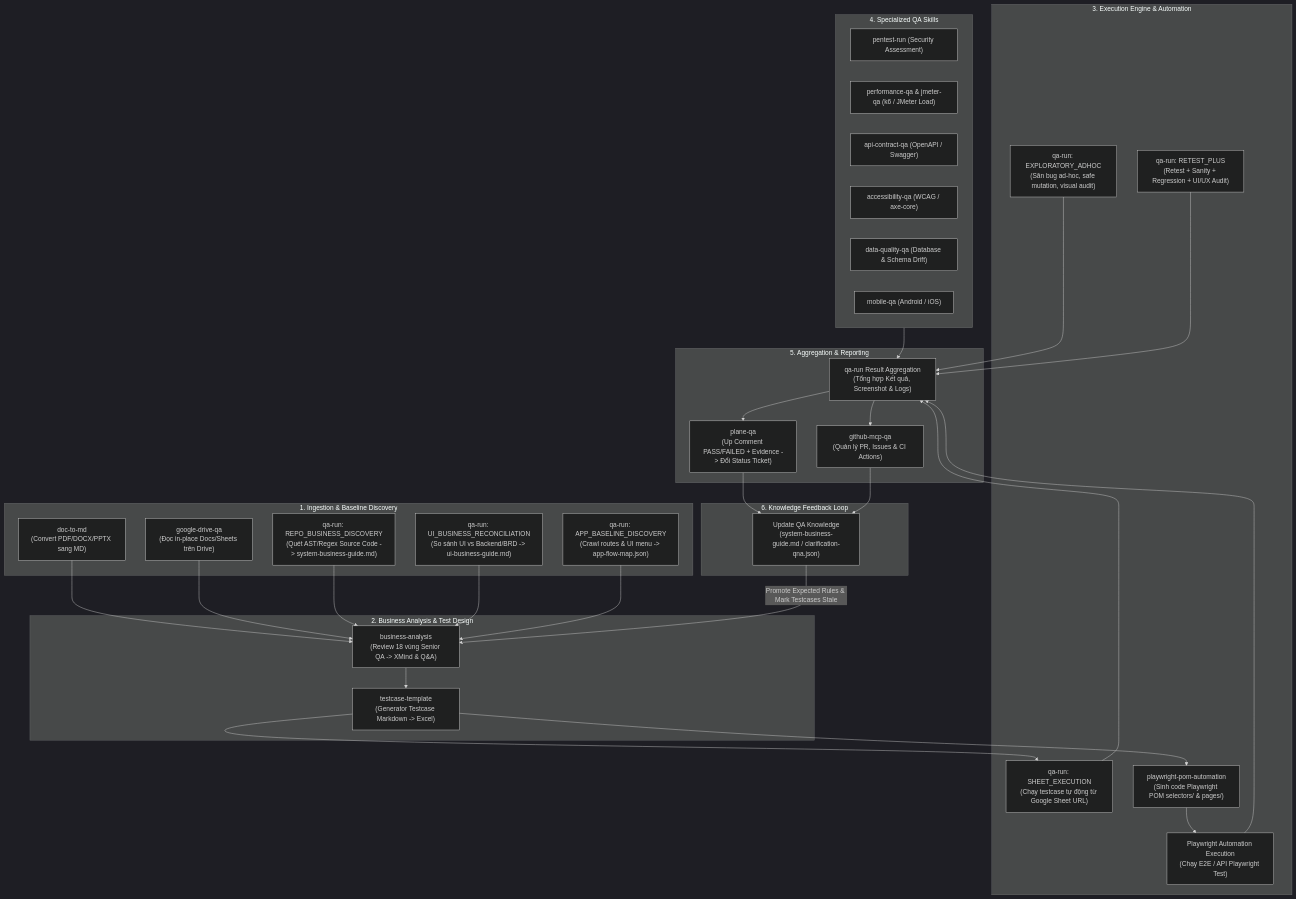
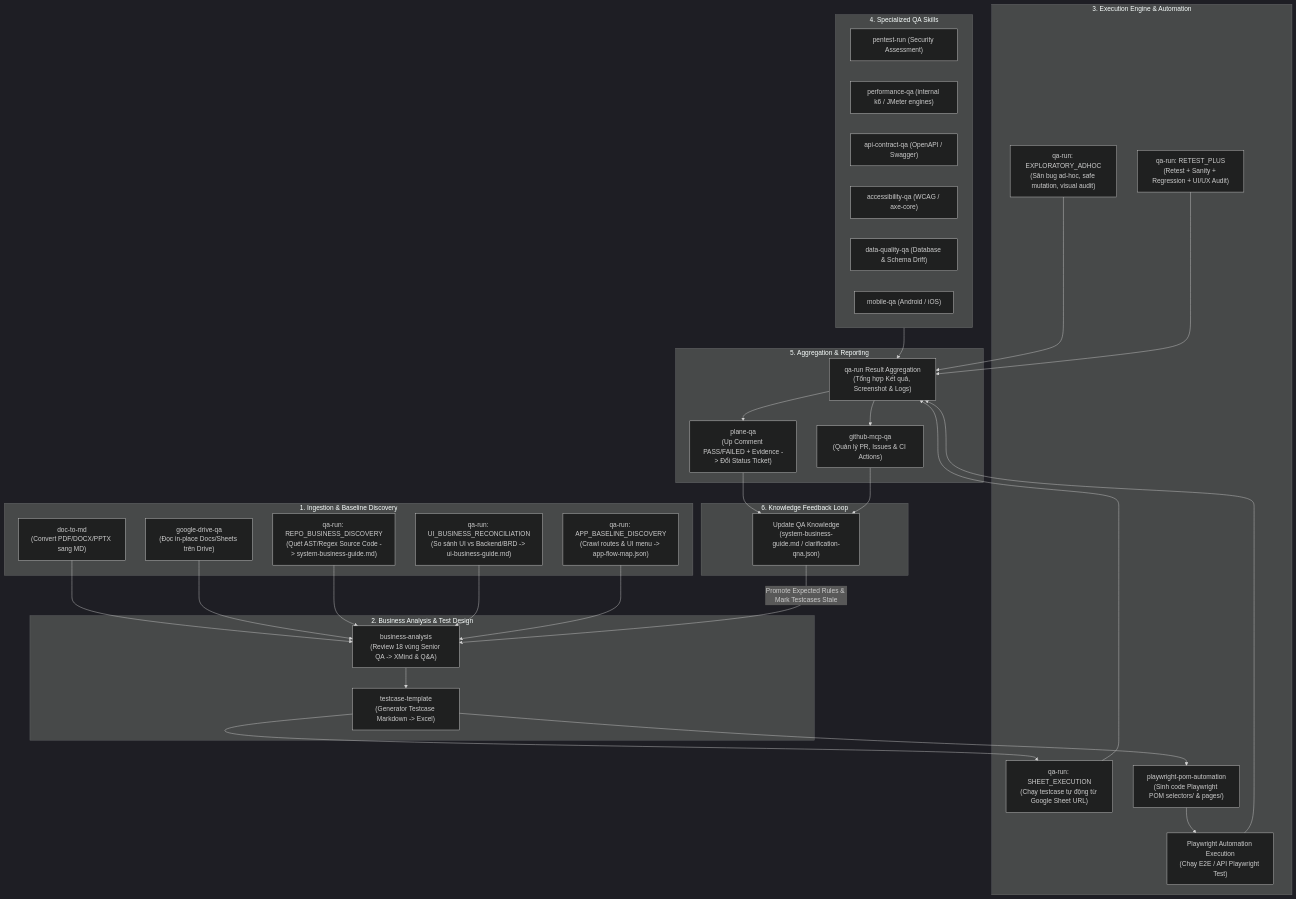
One commit to tqphong02/QA-skill changed the first of 3 diagrams in SKILL_FLOW_MAPPING.md. Above: the diagram before and after it, drawn with Mermaid (dark theme). The commit also changed other lines of this file and 57 other files, not shown here.

````diff
--- a/SKILL_FLOW_MAPPING.md
+++ b/SKILL_FLOW_MAPPING.md
@@ -18,63 +18,63 @@
 ```mermaid
 flowchart TD
     %% 1. Ingestion & Discovery
     subgraph S1["1. Ingestion & Baseline Discovery"]
         DOC["doc-to-md\n(Convert PDF/DOCX/PPTX sang MD)"]
         DRIVE["google-drive-qa\n(Đọc in-place Docs/Sheets trên Drive)"]
         RBD["qa-run: REPO_BUSINESS_DISCOVERY\n(Quét AST/Regex Source Code -> system-business-guide.md)"]
         UBR["qa-run: UI_BUSINESS_RECONCILIATION\n(So sánh UI vs Backend/BRD -> ui-business-guide.md)"]
         ABD["qa-run: APP_BASELINE_DISCOVERY\n(Crawl routes & UI menu -> app-flow-map.json)"]
     end
 
     %% 2. Business Analysis & Test Design
     subgraph S2["2. Business Analysis & Test Design"]
         BA["business-analysis\n(Review 18 vùng Senior QA -> XMind & Q&A)"]
         TCT["testcase-template\n(Generator Testcase Markdown -> Excel)"]
     end
 
     %% 3. Execution & Automation Engine
     subgraph S3["3. Execution Engine & Automation"]
         EX_SHEET["qa-run: SHEET_EXECUTION\n(Chạy testcase tự động từ Google Sheet URL)"]
         EX_EXPLORATORY["qa-run: EXPLORATORY_ADHOC\n(Săn bug ad-hoc, safe mutation, visual audit)"]
         EX_RETEST["qa-run: RETEST_PLUS\n(Retest + Sanity + Regression + UI/UX Audit)"]
         POM_GEN["playwright-pom-automation\n(Sinh code Playwright POM selectors/ & pages/)"]
         POM_EXEC["Playwright Automation Execution\n(Chạy E2E / API Playwright Test)"]
     end
 
     %% 4. Specialized Testing
     subgraph S4["4. Specialized QA Skills"]
         SEC["pentest-run (Security Assessment)"]
-        PERF["performance-qa & jmeter-qa (k6 / JMeter Load)"]
+        PERF["performance-qa (internal k6 / JMeter engines)"]
         API["api-contract-qa (OpenAPI / Swagger)"]
         ACC["accessibility-qa (WCAG / axe-core)"]
         DBQ["data-quality-qa (Database & Schema Drift)"]
         MOB["mobile-qa (Android / iOS)"]
     end
 
     %% 5. Reporting & Exporters
     subgraph S5["5. Aggregation & Reporting"]
         AGG["qa-run Result Aggregation\n(Tổng hợp Kết quả, Screenshot & Logs)"]
         PLANE["plane-qa\n(Up Comment PASS/FAILED + Evidence -> Đổi Status Ticket)"]
         GH["github-mcp-qa\n(Quản lý PR, Issues & CI Actions)"]
     end
 
     %% 6. Feedback Loop
     subgraph S6["6. Knowledge Feedback Loop"]
         FB["Update QA Knowledge\n(system-business-guide.md / clarification-qna.json)"]
     end
 
     %% Data Connections
     DOC & DRIVE & RBD & UBR & ABD --> BA
     BA --> TCT
     TCT --> EX_SHEET
     TCT --> POM_GEN
     POM_GEN --> POM_EXEC
     
     EX_SHEET & EX_EXPLORATORY & EX_RETEST & POM_EXEC & S4 --> AGG
     
     AGG --> PLANE
     AGG --> GH
     
     PLANE & GH --> FB
     FB -->|Promote Expected Rules & Mark Testcases Stale| BA
 ```
````
